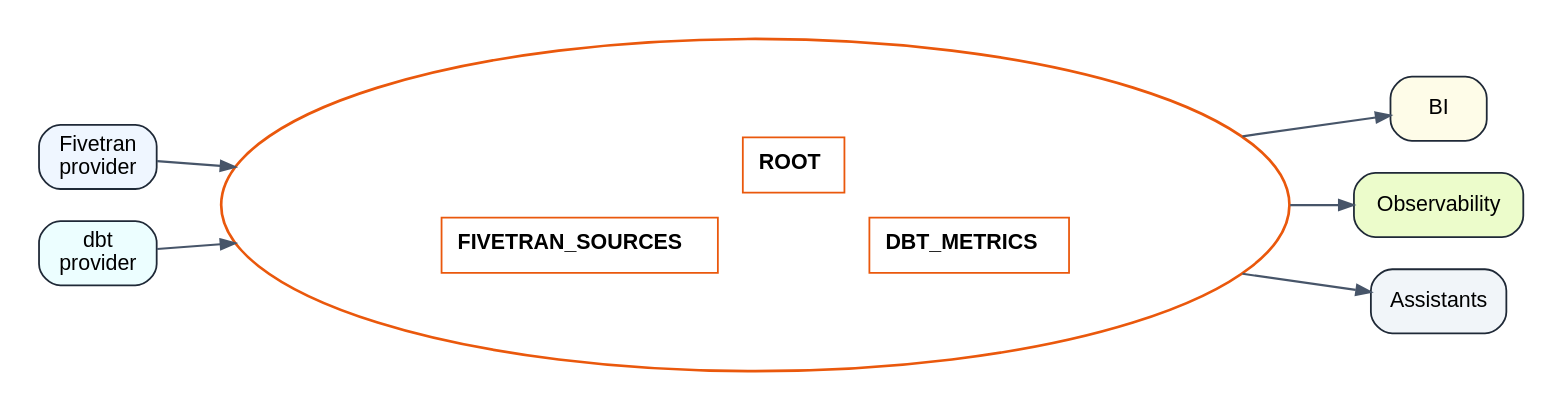
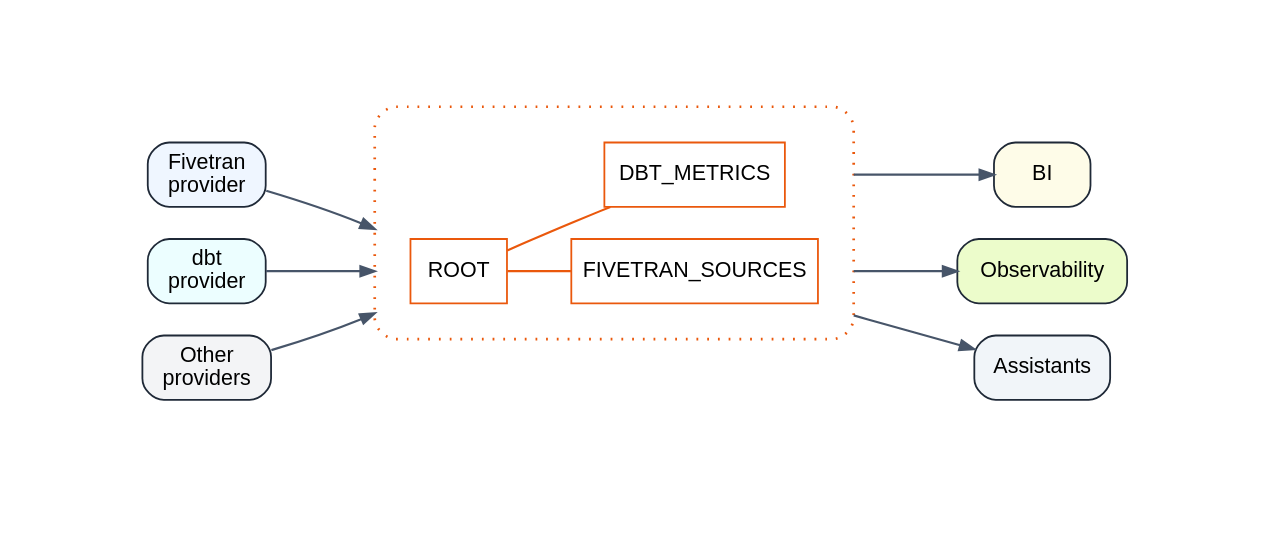
One commit to fivetran/experimental_agents_schema changed the diagram in assets/agents-schema-overview.dot. Above: the diagram before and after it, drawn with Graphviz. The commit also changed 1 other file, not shown here.

```diff
--- a/assets/agents-schema-overview.dot
+++ b/assets/agents-schema-overview.dot
@@ -1,58 +1,53 @@
-digraph AgentsSchemaOverview {
+digraph AgentsSchemaOverviewOption1 {
   rankdir=LR;
   graph [bgcolor="white", pad="0.2"];
   node [fontname="Helvetica", fontsize=12];
   edge [color="#475569", penwidth=1.2, arrowsize=0.8];
 
-  fivetran_provider [label="Fivetran\nprovider", shape=box, style="rounded,filled", fillcolor="#eff6ff", color="#1f2937"];
-  dbt_provider [label="dbt\nprovider", shape=box, style="rounded,filled", fillcolor="#ecfeff", color="#1f2937"];
+  subgraph cluster_providers {
+    label="";
+    style="invis";
+    margin=50;
 
-  bi [label="BI", shape=box, style="rounded,filled", fillcolor="#fefce8", color="#1f2937"];
-  observability [label="Observability", shape=box, style="rounded,filled", fillcolor="#ecfccb", color="#1f2937"];
-  assistants [label="Assistants", shape=box, style="rounded,filled", fillcolor="#f1f5f9", color="#1f2937"];
+    fivetran_provider [label="Fivetran\nprovider", shape=box, style="rounded,filled", fillcolor="#eff6ff", color="#1f2937"];
+    dbt_provider [label="dbt\nprovider", shape=box, style="rounded,filled", fillcolor="#ecfeff", color="#1f2937"];
+    other_providers [label="Other\nproviders", shape=box, style="rounded,filled", fillcolor="#f3f4f6", color="#1f2937"];
+  }
 
-  schema [
-    shape=ellipse,
-    color="#ea580c",
-    penwidth=1.5,
-    style="filled",
-    fillcolor="white",
-    margin="0.3,0.2",
-    label=<
-      <TABLE BORDER="0" CELLBORDER="0" CELLSPACING="14" CELLPADDING="0">
-        <TR>
-          <TD></TD>
-          <TD>
-            <TABLE BORDER="1" CELLBORDER="0" CELLSPACING="0" CELLPADDING="8" COLOR="#ea580c">
-              <TR><TD><B>ROOT</B></TD></TR>
-            </TABLE>
-          </TD>
-          <TD></TD>
-        </TR>
-        <TR>
-          <TD>
-            <TABLE BORDER="1" CELLBORDER="0" CELLSPACING="0" CELLPADDING="8" COLOR="#ea580c">
-              <TR><TD><B>FIVETRAN_SOURCES</B></TD></TR>
-            </TABLE>
-          </TD>
-          <TD></TD>
-          <TD>
-            <TABLE BORDER="1" CELLBORDER="0" CELLSPACING="0" CELLPADDING="8" COLOR="#ea580c">
-              <TR><TD><B>DBT_METRICS</B></TD></TR>
-            </TABLE>
-          </TD>
-        </TR>
-      </TABLE>
-    >
-  ];
+  subgraph cluster_schema {
+    label="";
+    style="rounded,dotted";
+    margin=20;
+    color="#ea580c";
+    penwidth=1.5;
 
-  { rank=same; fivetran_provider; dbt_provider; }
-  { rank=same; bi; observability; assistants; }
+    fivetran_sources [label="FIVETRAN_SOURCES", shape=box, style="filled", fillcolor="white", color="#ea580c"];
+    root [label="ROOT", shape=box, style="filled", fillcolor="white", color="#ea580c"];
+    dbt_metrics [label="DBT_METRICS", shape=box, style="filled", fillcolor="white", color="#ea580c"];
 
-  fivetran_provider -> schema;
-  dbt_provider -> schema;
+    { rank=same; fivetran_sources; dbt_metrics; }
 
-  schema -> bi;
-  schema -> observability;
-  schema -> assistants;
+    root -> fivetran_sources [dir=none, color="#ea580c", penwidth=1.2];
+    root -> dbt_metrics [dir=none, color="#ea580c", penwidth=1.2];
+  }
+
+  subgraph cluster_consumers {
+    label="";
+    style="invis";
+    margin=50;
+
+    bi [label="BI", shape=box, style="rounded,filled", fillcolor="#fefce8", color="#1f2937"];
+    observability [label="Observability", shape=box, style="rounded,filled", fillcolor="#ecfccb", color="#1f2937"];
+    assistants [label="Assistants", shape=box, style="rounded,filled", fillcolor="#f1f5f9", color="#1f2937"];
+  }
+  
+  compound=true;
+
+  fivetran_provider -> root [lhead=cluster_schema];
+  dbt_provider -> root [lhead=cluster_schema];
+  other_providers -> root [lhead=cluster_schema];
+
+  dbt_metrics -> bi [ltail=cluster_schema];
+  fivetran_sources -> assistants [ltail=cluster_schema];
+  fivetran_sources -> observability [ltail=cluster_schema];
 }
```
